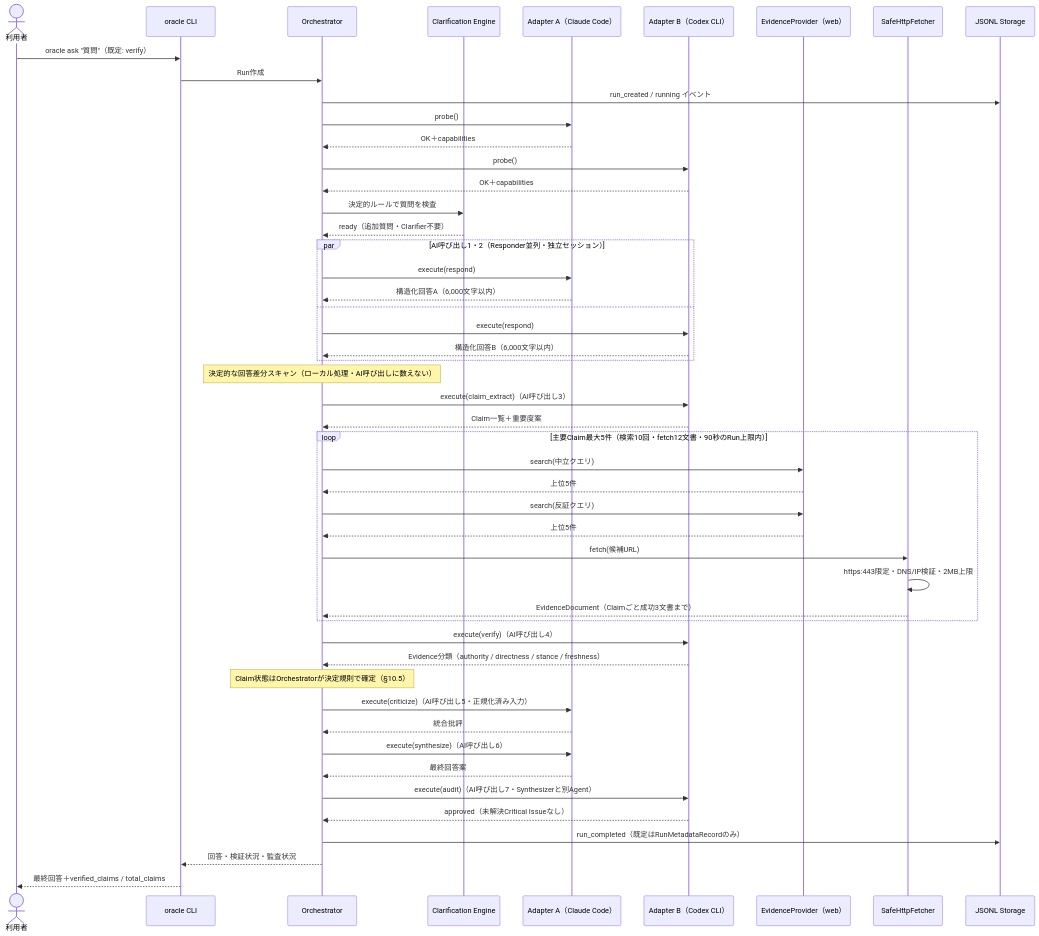
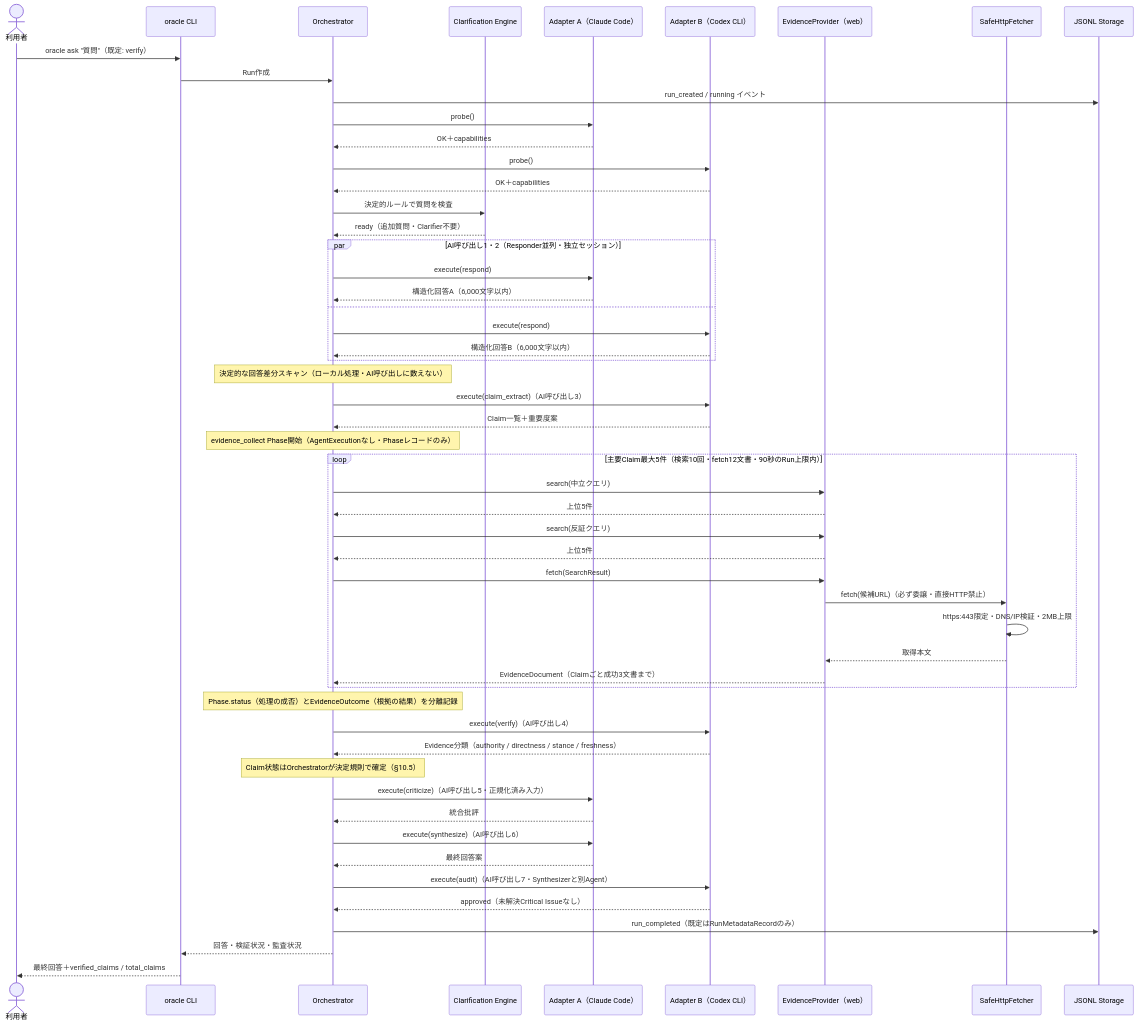
Before and after one commit to garyohosu/OracleCouncil: the first of 7 diagrams in SEQUENCE.md, drawn with Mermaid. The commit also changed other lines of this file and 5 other files, not shown here.

Commit message:
docs: resolve exit code, evidence model, fetch delegation, withheld disclosure (SPEC v0.3.3)

````diff
--- a/SEQUENCE.md
+++ b/SEQUENCE.md
@@ -16,60 +16,64 @@
 ```mermaid
 sequenceDiagram
     actor U as 利用者
     participant CLI as oracle CLI
     participant O as Orchestrator
     participant CE as Clarification Engine
     participant A as Adapter A（Claude Code）
     participant B as Adapter B（Codex CLI）
     participant EP as EvidenceProvider（web）
     participant F as SafeHttpFetcher
     participant S as JSONL Storage
 
     U->>CLI: oracle ask "質問"（既定: verify）
     CLI->>O: Run作成
     O->>S: run_created / running イベント
     O->>A: probe()
     A-->>O: OK＋capabilities
     O->>B: probe()
     B-->>O: OK＋capabilities
 
     O->>CE: 決定的ルールで質問を検査
     CE-->>O: ready（追加質問・Clarifier不要）
 
     par AI呼び出し1・2（Responder並列・独立セッション）
         O->>A: execute(respond)
         A-->>O: 構造化回答A（6,000文字以内）
     and
         O->>B: execute(respond)
         B-->>O: 構造化回答B（6,000文字以内）
     end
     Note over O: 決定的な回答差分スキャン（ローカル処理・AI呼び出しに数えない）
 
     O->>B: execute(claim_extract)（AI呼び出し3）
     B-->>O: Claim一覧＋重要度案
 
+    Note over O: evidence_collect Phase開始（AgentExecutionなし・Phaseレコードのみ）
     loop 主要Claim最大5件（検索10回・fetch12文書・90秒のRun上限内）
         O->>EP: search(中立クエリ)
         EP-->>O: 上位5件
         O->>EP: search(反証クエリ)
         EP-->>O: 上位5件
-        O->>F: fetch(候補URL)
+        O->>EP: fetch(SearchResult)
+        EP->>F: fetch(候補URL)（必ず委譲・直接HTTP禁止）
         F->>F: https:443限定・DNS/IP検証・2MB上限
-        F-->>O: EvidenceDocument（Claimごと成功3文書まで）
+        F-->>EP: 取得本文
+        EP-->>O: EvidenceDocument（Claimごと成功3文書まで）
     end
+    Note over O: Phase.status（処理の成否）とEvidenceOutcome（根拠の結果）を分離記録
 
     O->>B: execute(verify)（AI呼び出し4）
     B-->>O: Evidence分類（authority / directness / stance / freshness）
     Note over O: Claim状態はOrchestratorが決定規則で確定（§10.5）
 
     O->>A: execute(criticize)（AI呼び出し5・正規化済み入力）
     A-->>O: 統合批評
     O->>A: execute(synthesize)（AI呼び出し6）
     A-->>O: 最終回答案
     O->>B: execute(audit)（AI呼び出し7・Synthesizerと別Agent）
     B-->>O: approved（未解決Critical Issueなし）
 
     O->>S: run_completed（既定はRunMetadataRecordのみ）
     O-->>CLI: 回答・検証状況・監査状況
     CLI-->>U: 最終回答＋verified_claims / total_claims
 ```
````
